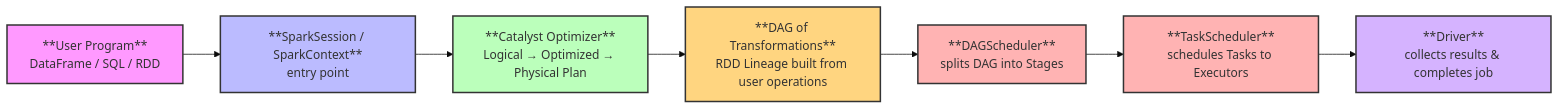
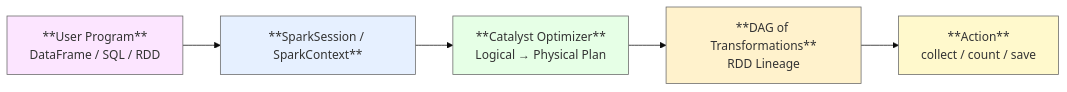
One commit to blaire101/Spark-Journey-2025 changed the second of 13 diagrams in README.md. Above: the diagram before and after it, drawn with Mermaid (base theme). The commit also changed other lines of this file, not shown here.

````diff
--- a/README.md
+++ b/README.md
@@ -52,26 +52,21 @@
 ```mermaid
 flowchart LR
-    A[**User Program**<br>DataFrame / SQL / RDD] --> B[**SparkSession / SparkContext**<br>entry point]
-    B --> C[**Catalyst Optimizer**<br>Logical → Optimized → Physical Plan]
-    C --> X[**DAG of Transformations**<br>RDD Lineage built from user operations]
-    X --> D[**DAGScheduler**<br>splits DAG into Stages]
-    D --> E[**TaskScheduler**<br>schedules Tasks to Executors]
-    E --> F[**Driver**<br>collects results & completes job]
+    A[**User Program**<br>DataFrame / SQL / RDD] --> B[**SparkSession / SparkContext**]
+    B --> C[**Catalyst Optimizer**<br>Logical → Physical Plan]
+    C --> X[**DAG of Transformations**<br>RDD Lineage]
+    X --> Y[**Action**<br>collect / count / save]
 
-    %% === Color classes ===
-    classDef user fill:#f9f,stroke:#333,stroke-width:2px;
-    classDef context fill:#bbf,stroke:#333,stroke-width:2px;
-    classDef catalyst fill:#bfb,stroke:#333,stroke-width:2px;
-    classDef dag fill:#ffd580,stroke:#333,stroke-width:2px;
-    classDef scheduler fill:#ffb3b3,stroke:#333,stroke-width:2px;
-    classDef driver fill:#d5b3ff,stroke:#333,stroke-width:2px;
+    %% === Color classes (lighter colors) ===
+    classDef user fill:#fce5ff,stroke:#666,stroke-width:1px;
+    classDef context fill:#e6f0ff,stroke:#666,stroke-width:1px;
+    classDef catalyst fill:#e6ffe6,stroke:#666,stroke-width:1px;
+    classDef dag fill:#fff2cc,stroke:#666,stroke-width:1px;
+    classDef action fill:#fff9cc,stroke:#666,stroke-width:1px;
 
     %% === Assign classes ===
     class A user;
     class B context;
     class C catalyst;
     class X dag;
-    class D scheduler;
-    class E scheduler;
-    class F driver;
+    class Y action;
 ```
````
